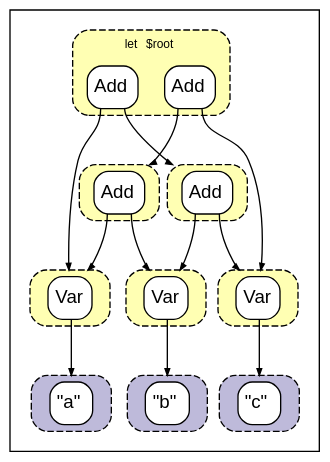
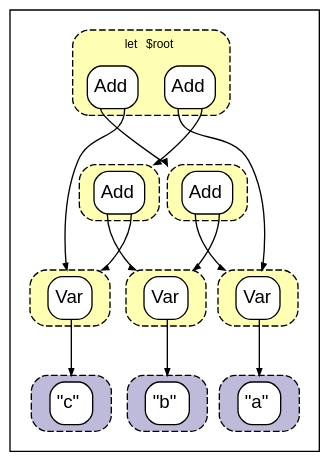
The diagram in docs/papers/figures/native/assoc.raw.dot (MilkBlock/fractal_egraph), drawn with Graphviz before and after one commit. The commit also changed other lines of this file and 38 other files, not shown here.

Commit message:
docs(paper): add native recursive array graphs

```diff
--- a/docs/papers/figures/native/assoc.raw.dot
+++ b/docs/papers/figures/native/assoc.raw.dot
@@ -1,111 +1,111 @@
 digraph  {
   compound=true
   rank=same
   fontname=helvetica
   fontsize=9
   margin=3
   nodesep=0.05
   ranksep=0.6
   colorscheme=set312
   edge[arrowsize=0.5]
   node[shape=none,margin=0,fontname=helvetica]
   outputorder=edgesfirst
   graph[style="dashed,rounded,filled"]
   fillcolor=2
   "function-1-Var":0:s -> "primitive-String-1" [lhead="cluster_String-1"]
   subgraph "outer_cluster_Math-1" {
     subgraph "cluster_Math-1" {
       subgraph  {
         "function-1-Var"[label=<<TABLE BGCOLOR="white" CELLBORDER="0" CELLSPACING="0" CELLPADDING="0" style="rounded"><tr><td BALIGN="left" CELLPADDING="4" WIDTH="30" HEIGHT="30" colspan="1">Var</td></tr><TR><TD PORT="0"></TD></TR></TABLE>>,tooltip="Math-1: function-1-Var"]
       }
     }
     style="invis"
     cluster=true
   }
-  "function-2-Add":0:s -> "function-0-Var" [lhead="cluster_Math-0"]
-  "function-2-Add":1:s -> "function-1-Var" [lhead="cluster_Math-1"]
-  subgraph "outer_cluster_Math-5" {
-    subgraph "cluster_Math-5" {
+  "function-2-Var":0:s -> "primitive-String-2" [lhead="cluster_String-2"]
+  subgraph "outer_cluster_Math-2" {
+    subgraph "cluster_Math-2" {
       subgraph  {
-        "function-2-Add"[label=<<TABLE BGCOLOR="white" CELLBORDER="0" CELLSPACING="0" CELLPADDING="0" style="rounded"><tr><td BALIGN="left" CELLPADDING="4" WIDTH="30" HEIGHT="30" colspan="2">Add</td></tr><TR><TD PORT="0"></TD><TD PORT="1"></TD></TR></TABLE>>,tooltip="Math-5: function-2-Add"]
+        "function-2-Var"[label=<<TABLE BGCOLOR="white" CELLBORDER="0" CELLSPACING="0" CELLPADDING="0" style="rounded"><tr><td BALIGN="left" CELLPADDING="4" WIDTH="30" HEIGHT="30" colspan="1">Var</td></tr><TR><TD PORT="0"></TD></TR></TABLE>>,tooltip="Math-2: function-2-Var"]
+      }
+    }
+    style="invis"
+    cluster=true
+  }
+  "function-0-Add":0:s -> "function-1-Var" [lhead="cluster_Math-1"]
+  "function-0-Add":1:s -> "function-2-Var" [lhead="cluster_Math-2"]
+  subgraph "outer_cluster_Math-3" {
+    subgraph "cluster_Math-3" {
+      subgraph  {
+        "function-0-Add"[label=<<TABLE BGCOLOR="white" CELLBORDER="0" CELLSPACING="0" CELLPADDING="0" style="rounded"><tr><td BALIGN="left" CELLPADDING="4" WIDTH="30" HEIGHT="30" colspan="2">Add</td></tr><TR><TD PORT="0"></TD><TD PORT="1"></TD></TR></TABLE>>,tooltip="Math-3: function-0-Add"]
       }
     }
     style="invis"
     cluster=true
   }
   "function-1-Add":0:s -> "function-0-Var" [lhead="cluster_Math-0"]
   "function-1-Add":1:s -> "function-0-Add" [lhead="cluster_Math-3"]
   "function-3-Add":0:s -> "function-2-Add" [lhead="cluster_Math-5"]
   "function-3-Add":1:s -> "function-2-Var" [lhead="cluster_Math-2"]
   subgraph "outer_cluster_Math-4" {
     subgraph "cluster_Math-4" {
       subgraph  {
         "function-1-Add"[label=<<TABLE BGCOLOR="white" CELLBORDER="0" CELLSPACING="0" CELLPADDING="0" style="rounded"><tr><td BALIGN="left" CELLPADDING="4" WIDTH="30" HEIGHT="30" colspan="2">Add</td></tr><TR><TD PORT="0"></TD><TD PORT="1"></TD></TR></TABLE>>,tooltip="Math-4: function-1-Add"]
         "function-3-Add"[label=<<TABLE BGCOLOR="white" CELLBORDER="0" CELLSPACING="0" CELLPADDING="0" style="rounded"><tr><td BALIGN="left" CELLPADDING="4" WIDTH="30" HEIGHT="30" colspan="2">Add</td></tr><TR><TD PORT="0"></TD><TD PORT="1"></TD></TR></TABLE>>,tooltip="Math-4: function-3-Add"]
       }
       label=<<TABLE BORDER="0" CELLBORDER="0" CELLSPACING="0" CELLPADDING="2"><TR><TD ALIGN="RIGHT">let</TD><TD ALIGN="LEFT">$root</TD></TR></TABLE>>
     }
     style="invis"
     cluster=true
   }
-  "function-0-Add":0:s -> "function-1-Var" [lhead="cluster_Math-1"]
-  "function-0-Add":1:s -> "function-2-Var" [lhead="cluster_Math-2"]
-  subgraph "outer_cluster_Math-3" {
-    subgraph "cluster_Math-3" {
+  "function-2-Add":0:s -> "function-0-Var" [lhead="cluster_Math-0"]
+  "function-2-Add":1:s -> "function-1-Var" [lhead="cluster_Math-1"]
+  subgraph "outer_cluster_Math-5" {
+    subgraph "cluster_Math-5" {
       subgraph  {
-        "function-0-Add"[label=<<TABLE BGCOLOR="white" CELLBORDER="0" CELLSPACING="0" CELLPADDING="0" style="rounded"><tr><td BALIGN="left" CELLPADDING="4" WIDTH="30" HEIGHT="30" colspan="2">Add</td></tr><TR><TD PORT="0"></TD><TD PORT="1"></TD></TR></TABLE>>,tooltip="Math-3: function-0-Add"]
-      }
-    }
-    style="invis"
-    cluster=true
-  }
-  "function-2-Var":0:s -> "primitive-String-2" [lhead="cluster_String-2"]
-  subgraph "outer_cluster_Math-2" {
-    subgraph "cluster_Math-2" {
-      subgraph  {
-        "function-2-Var"[label=<<TABLE BGCOLOR="white" CELLBORDER="0" CELLSPACING="0" CELLPADDING="0" style="rounded"><tr><td BALIGN="left" CELLPADDING="4" WIDTH="30" HEIGHT="30" colspan="1">Var</td></tr><TR><TD PORT="0"></TD></TR></TABLE>>,tooltip="Math-2: function-2-Var"]
+        "function-2-Add"[label=<<TABLE BGCOLOR="white" CELLBORDER="0" CELLSPACING="0" CELLPADDING="0" style="rounded"><tr><td BALIGN="left" CELLPADDING="4" WIDTH="30" HEIGHT="30" colspan="2">Add</td></tr><TR><TD PORT="0"></TD><TD PORT="1"></TD></TR></TABLE>>,tooltip="Math-5: function-2-Add"]
       }
     }
     style="invis"
     cluster=true
   }
   "function-0-Var":0:s -> "primitive-String-0" [lhead="cluster_String-0"]
   subgraph "outer_cluster_Math-0" {
     subgraph "cluster_Math-0" {
       subgraph  {
         "function-0-Var"[label=<<TABLE BGCOLOR="white" CELLBORDER="0" CELLSPACING="0" CELLPADDING="0" style="rounded"><tr><td BALIGN="left" CELLPADDING="4" WIDTH="30" HEIGHT="30" colspan="1">Var</td></tr><TR><TD PORT="0"></TD></TR></TABLE>>,tooltip="Math-0: function-0-Var"]
       }
     }
     style="invis"
     cluster=true
   }
   fillcolor=3
+  subgraph "outer_cluster_String-0" {
+    subgraph "cluster_String-0" {
+      subgraph  {
+        "primitive-String-0"[label=<<TABLE BGCOLOR="white" CELLBORDER="0" CELLSPACING="0" CELLPADDING="0" style="rounded"><tr><td BALIGN="left" CELLPADDING="4" WIDTH="30" HEIGHT="30">&quot;a&quot;</td></tr></TABLE>>,tooltip="String-0: primitive-String-0"]
+      }
+    }
+    style="invis"
+    cluster=true
+  }
   subgraph "outer_cluster_String-1" {
     subgraph "cluster_String-1" {
       subgraph  {
         "primitive-String-1"[label=<<TABLE BGCOLOR="white" CELLBORDER="0" CELLSPACING="0" CELLPADDING="0" style="rounded"><tr><td BALIGN="left" CELLPADDING="4" WIDTH="30" HEIGHT="30">&quot;b&quot;</td></tr></TABLE>>,tooltip="String-1: primitive-String-1"]
       }
     }
     style="invis"
     cluster=true
   }
   subgraph "outer_cluster_String-2" {
     subgraph "cluster_String-2" {
       subgraph  {
         "primitive-String-2"[label=<<TABLE BGCOLOR="white" CELLBORDER="0" CELLSPACING="0" CELLPADDING="0" style="rounded"><tr><td BALIGN="left" CELLPADDING="4" WIDTH="30" HEIGHT="30">&quot;c&quot;</td></tr></TABLE>>,tooltip="String-2: primitive-String-2"]
       }
     }
     style="invis"
     cluster=true
   }
-  subgraph "outer_cluster_String-0" {
-    subgraph "cluster_String-0" {
-      subgraph  {
-        "primitive-String-0"[label=<<TABLE BGCOLOR="white" CELLBORDER="0" CELLSPACING="0" CELLPADDING="0" style="rounded"><tr><td BALIGN="left" CELLPADDING="4" WIDTH="30" HEIGHT="30">&quot;a&quot;</td></tr></TABLE>>,tooltip="String-0: primitive-String-0"]
-      }
-    }
-    style="invis"
-    cluster=true
-  }
   margin=0
 }
```
